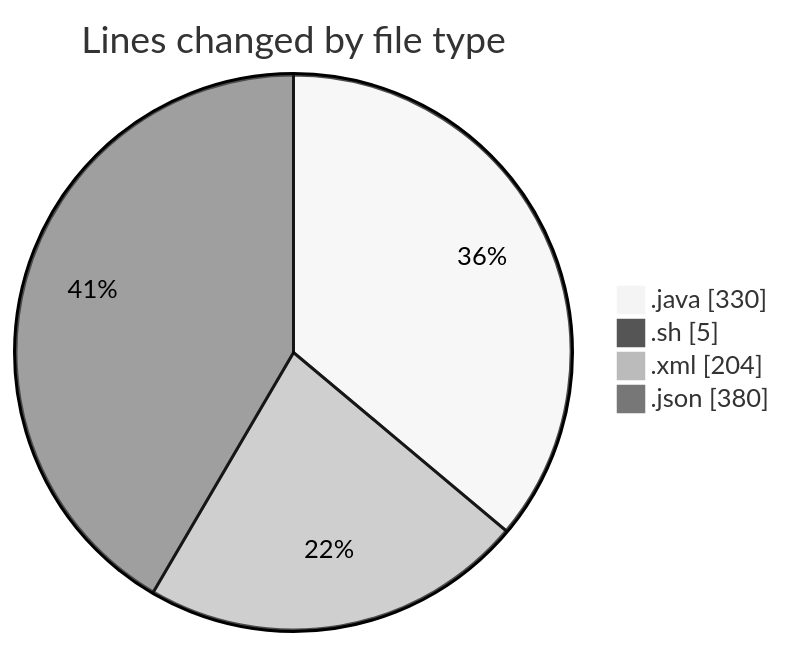
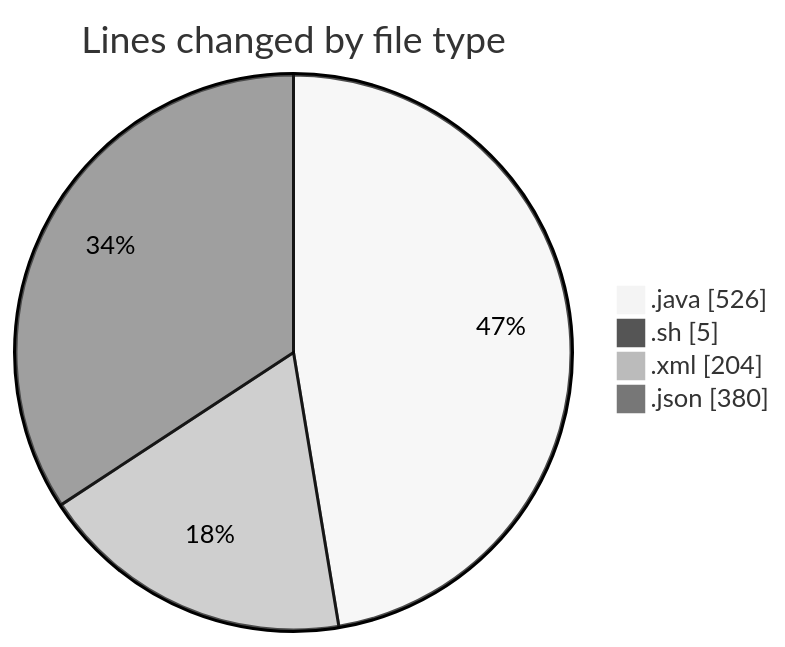
Before and after one commit to charlie-sans/code-tracking: the first of 2 diagrams in 2025-02-19/micros/README.md, drawn with Mermaid (neutral theme). The commit also changed other lines of this file and 1 other file, not shown here.

````diff
--- a/2025-02-19/micros/README.md
+++ b/2025-02-19/micros/README.md
@@ -26,8 +27,8 @@
 ```mermaid
 pie showData
 title Lines changed by file type
-".java" : 330
+".java" : 526
 ".sh" : 5
 ".xml" : 204
 ".json" : 380
 ```
````
